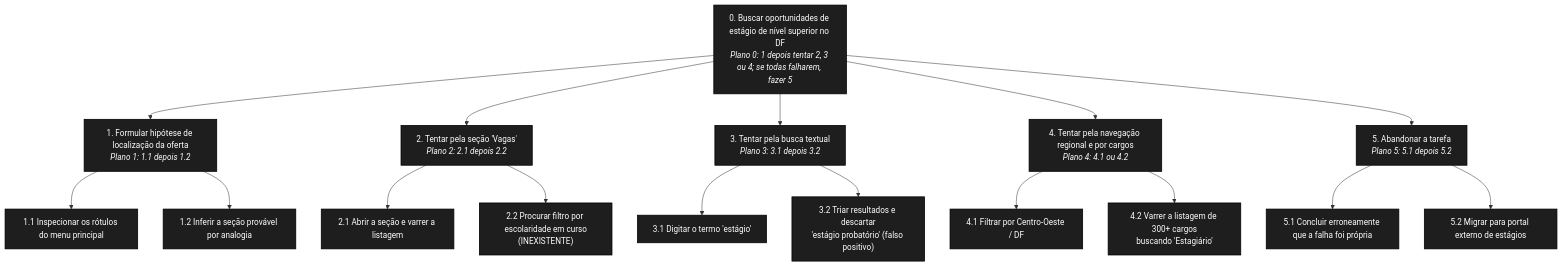
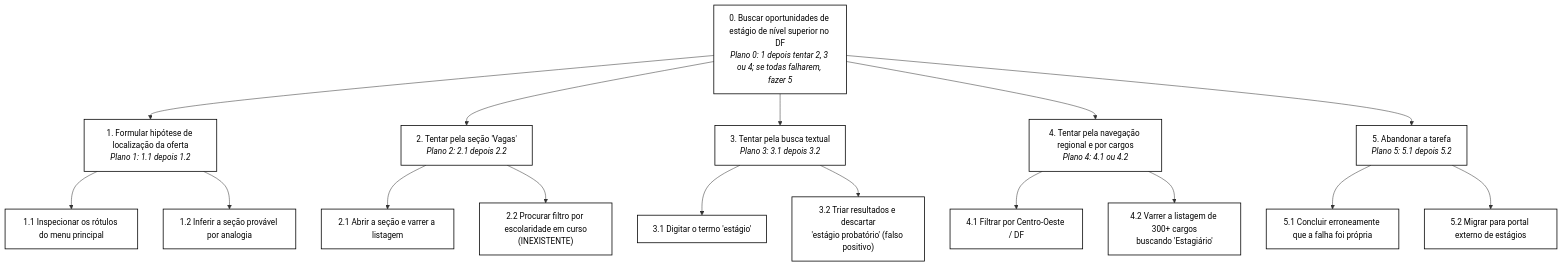
One commit to Interacao-Humano-Computador/2026.2-Grupo07 changed the sixth of 8 diagrams in docs/analise-de-requisitos/analise-de-tarefas/hta.md. Above: the diagram before and after it, drawn with Mermaid. The commit also changed other lines of this file and 7 other files, not shown here.

````diff
--- a/docs/analise-de-requisitos/analise-de-tarefas/hta.md
+++ b/docs/analise-de-requisitos/analise-de-tarefas/hta.md
@@ -541,46 +579,46 @@
 ```mermaid
 flowchart TD
-    classDef default fill:#1e1e1e,stroke:#000000,stroke-width:1.5px,color:#ffffff;
+    classDef default fill:#ffffff,stroke:#000000,stroke-width:1.5px,color:#000000;
     T0["0. Buscar oportunidades de estágio de nível superior no DF<br><i>Plano 0: 1 depois tentar 2, 3 ou 4; se todas falharem, fazer 5</i>"]
 
     T1["1. Formular hipótese de localização da oferta<br><i>Plano 1: 1.1 depois 1.2</i>"]
     T11["1.1 Inspecionar os rótulos do menu principal"]
     T12["1.2 Inferir a seção provável por analogia"]
 
     T2["2. Tentar pela seção 'Vagas'<br><i>Plano 2: 2.1 depois 2.2</i>"]
     T21["2.1 Abrir a seção e varrer a listagem"]
     T22["2.2 Procurar filtro por escolaridade em curso<br>(INEXISTENTE)"]
 
     T3["3. Tentar pela busca textual<br><i>Plano 3: 3.1 depois 3.2</i>"]
     T31["3.1 Digitar o termo 'estágio'"]
     T32["3.2 Triar resultados e descartar<br>'estágio probatório' (falso positivo)"]
 
     T4["4. Tentar pela navegação regional e por cargos<br><i>Plano 4: 4.1 ou 4.2</i>"]
     T41["4.1 Filtrar por Centro-Oeste / DF"]
     T42["4.2 Varrer a listagem de 300+ cargos<br>buscando 'Estagiário'"]
 
     T5["5. Abandonar a tarefa<br><i>Plano 5: 5.1 depois 5.2</i>"]
     T51["5.1 Concluir erroneamente que a falha foi própria"]
     T52["5.2 Migrar para portal externo de estágios"]
 
     T0 --> T1
     T0 --> T2
     T0 --> T3
     T0 --> T4
     T0 --> T5
 
     T1 --> T11
     T1 --> T12
 
     T2 --> T21
     T2 --> T22
 
     T3 --> T31
     T3 --> T32
 
     T4 --> T41
     T4 --> T42
 
     T5 --> T51
     T5 --> T52
 ```
````
